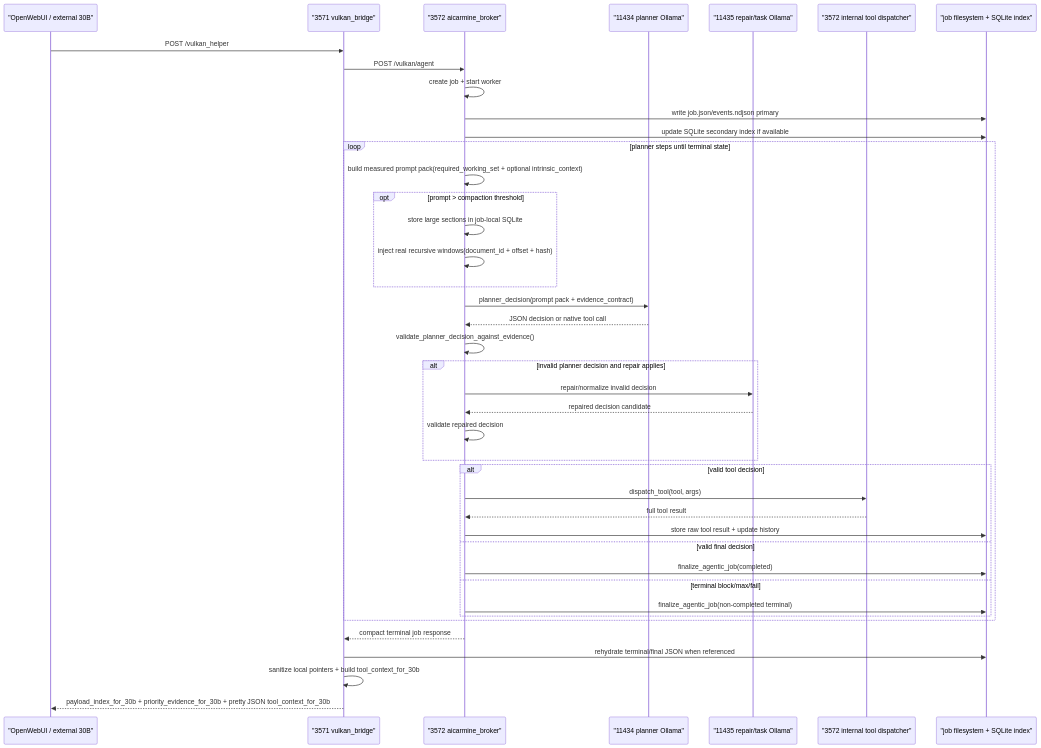
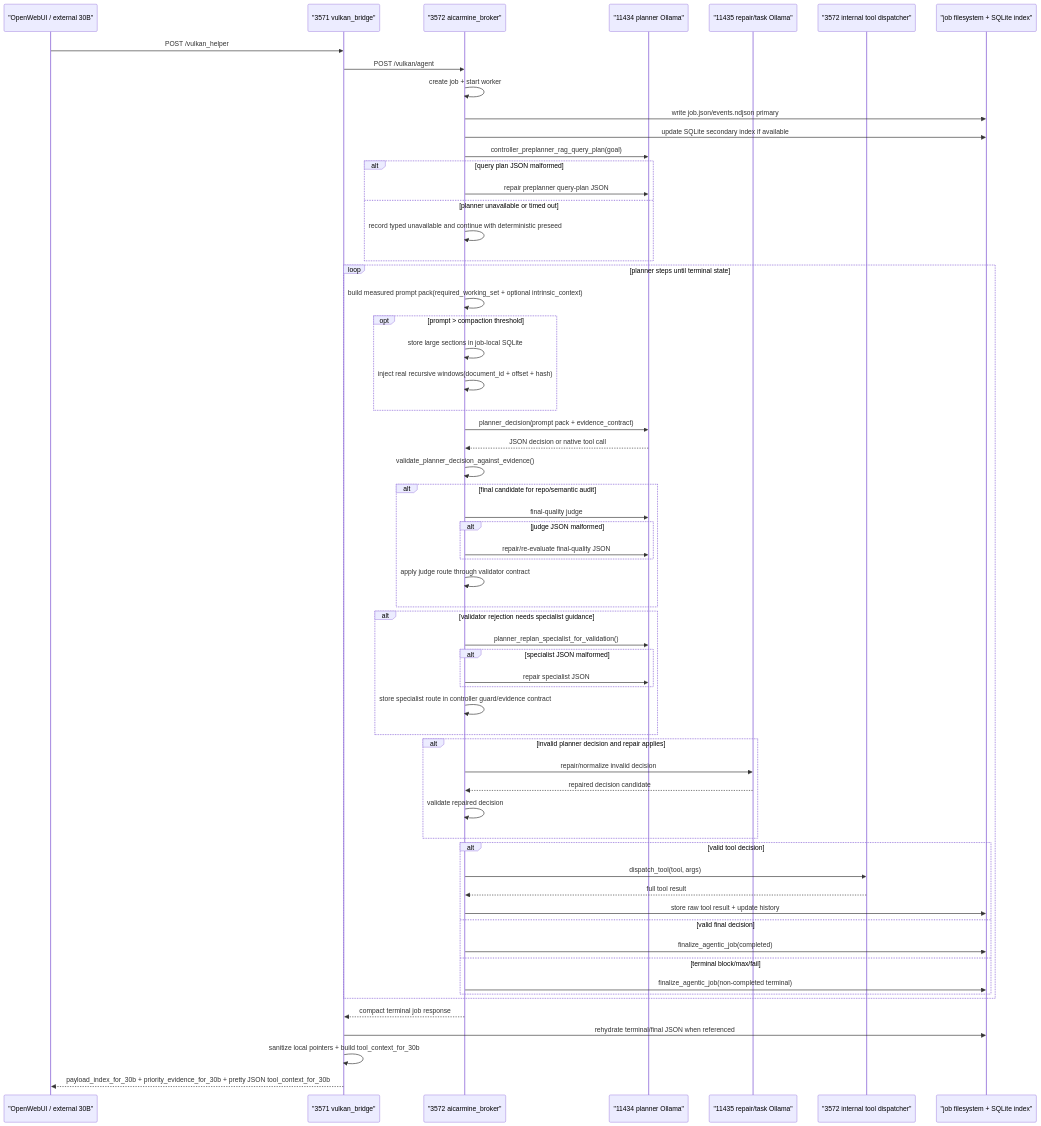
Before and after one commit to C-F-tek/agentic-tool-loop: the diagram in services/END_TO_END_AGENTIC_FLOW.md, drawn with Mermaid. The commit also changed other lines of this file and 15 other files, not shown here.

Commit message:
Document and harden agentic planner guidance flow

````diff
--- a/services/END_TO_END_AGENTIC_FLOW.md
+++ b/services/END_TO_END_AGENTIC_FLOW.md
@@ -27,44 +27,64 @@
 ```mermaid
 sequenceDiagram
     participant OWUI as "OpenWebUI / external 30B"
     participant B3571 as "3571 vulkan_bridge"
     participant B3572 as "3572 aicarmine_broker"
     participant P11434 as "11434 planner Ollama"
     participant R11435 as "11435 repair/task Ollama"
     participant Tools as "3572 internal tool dispatcher"
     participant Store as "job filesystem + SQLite index"
 
     OWUI->>B3571: POST /vulkan_helper
     B3571->>B3572: POST /vulkan/agent
     B3572->>B3572: create job + start worker
     B3572->>Store: write job.json/events.ndjson primary
     B3572->>Store: update SQLite secondary index if available
+    B3572->>P11434: controller_preplanner_rag_query_plan(goal)
+    alt query plan JSON malformed
+        B3572->>P11434: repair preplanner query-plan JSON
+    else planner unavailable or timed out
+        B3572->>B3572: record typed unavailable and continue with deterministic preseed
+    end
     loop planner steps until terminal state
         B3572->>B3572: build measured prompt pack(required_working_set + optional intrinsic_context)
         opt prompt > compaction threshold
             B3572->>B3572: store large sections in job-local SQLite
             B3572->>B3572: inject real recursive windows(document_id + offset + hash)
         end
         B3572->>P11434: planner_decision(prompt pack + evidence_contract)
         P11434-->>B3572: JSON decision or native tool call
         B3572->>B3572: validate_planner_decision_against_evidence()
+        alt final candidate for repo/semantic audit
+            B3572->>P11434: final-quality judge
+            alt judge JSON malformed
+                B3572->>P11434: repair/re-evaluate final-quality JSON
+            end
+            B3572->>B3572: apply judge route through validator contract
+        end
+        alt validator rejection needs specialist guidance
+            B3572->>P11434: planner_replan_specialist_for_validation()
+            alt specialist JSON malformed
+                B3572->>P11434: repair specialist JSON
+            end
+            B3572->>B3572: store specialist route in controller guard/evidence contract
+        end
         alt invalid planner decision and repair applies
             B3572->>R11435: repair/normalize invalid decision
             R11435-->>B3572: repaired decision candidate
             B3572->>B3572: validate repaired decision
         end
         alt valid tool decision
             B3572->>Tools: dispatch_tool(tool, args)
             Tools-->>B3572: full tool result
             B3572->>Store: store raw tool result + update history
         else valid final decision
             B3572->>Store: finalize_agentic_job(completed)
         else terminal block/max/fail
             B3572->>Store: finalize_agentic_job(non-completed terminal)
         end
     end
     B3572-->>B3571: compact terminal job response
     B3571->>Store: rehydrate terminal/final JSON when referenced
     B3571->>B3571: sanitize local pointers + build tool_context_for_30b
     B3571-->>OWUI: payload_index_for_30b + priority_evidence_for_30b + pretty JSON tool_context_for_30b
 ```
````
